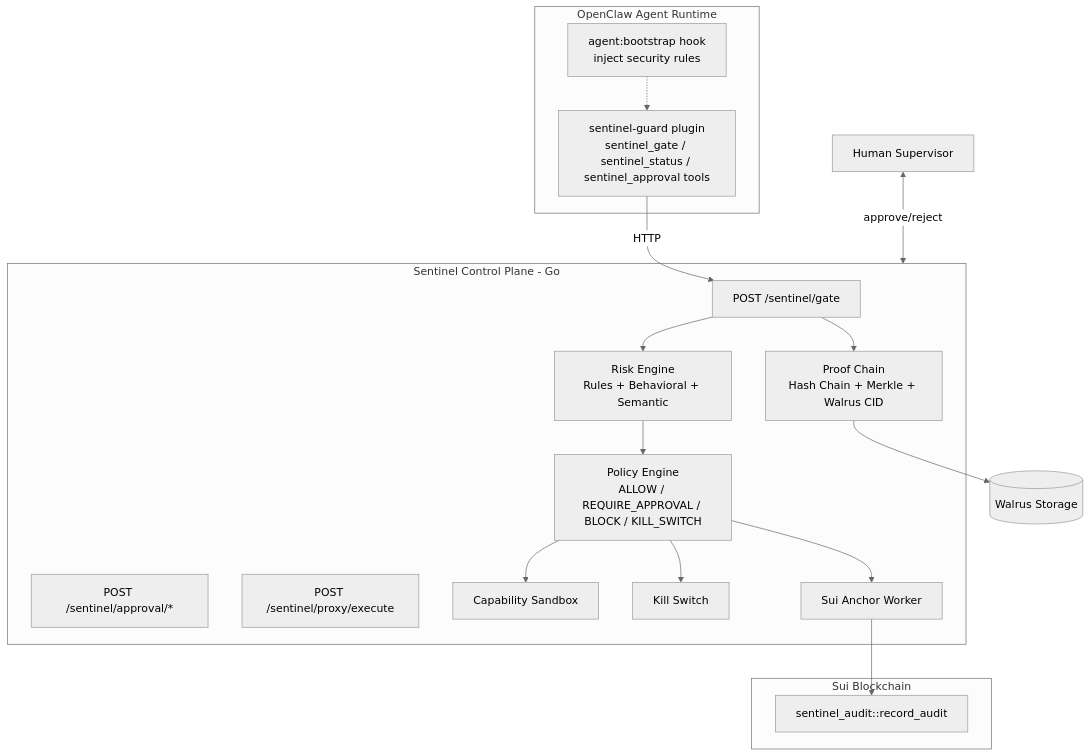
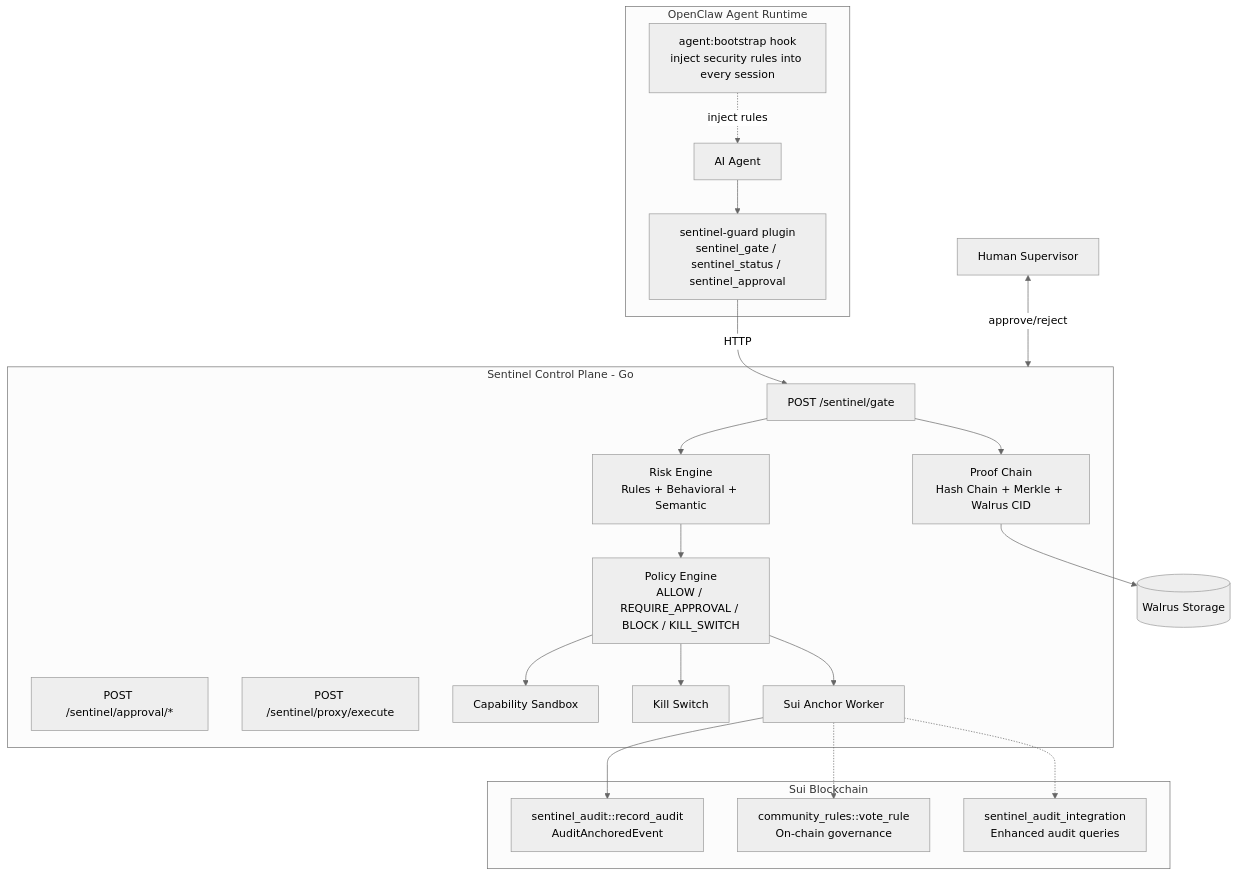
The diagram in README.md (dongowu/sentinel-protocol), drawn with Mermaid (neutral theme) before and after one commit. The commit also changed other lines of this file and 12 other files, not shown here.

First line of the commit message:
Fix code review issues, add on-chain evidence, enhance Sui+OpenClaw narrative

````diff
--- a/README.md
+++ b/README.md
@@ -90,36 +109,42 @@
 ```mermaid
 flowchart TB
     H[Human Supervisor]
+
+    subgraph OC[OpenClaw Agent Runtime]
+      Agent[AI Agent]
+      Plugin[sentinel-guard plugin<br/>sentinel_gate / sentinel_status / sentinel_approval]
+      Hook[agent:bootstrap hook<br/>inject security rules into every session]
+    end
 
     subgraph CP[Sentinel Control Plane - Go]
       Gate[POST /sentinel/gate]
       Approval[POST /sentinel/approval/*]
       Execute[POST /sentinel/proxy/execute]
       Risk[Risk Engine<br/>Rules + Behavioral + Semantic]
       Policy[Policy Engine<br/>ALLOW / REQUIRE_APPROVAL / BLOCK / KILL_SWITCH]
       Cap[Capability Sandbox]
       Kill[Kill Switch]
       Proof[Proof Chain<br/>Hash Chain + Merkle + Walrus CID]
       Anchor[Sui Anchor Worker]
     end
 
-    subgraph OC[OpenClaw Agent Runtime]
-      Plugin[sentinel-guard plugin<br/>sentinel_gate / sentinel_status / sentinel_approval tools]
-      Hook[agent:bootstrap hook<br/>inject security rules]
-    end
-
     subgraph Chain[Sui Blockchain]
-      SA[sentinel_audit::record_audit]
+      SA[sentinel_audit::record_audit<br/>AuditAnchoredEvent]
+      CR[community_rules::vote_rule<br/>On-chain governance]
+      SAI[sentinel_audit_integration<br/>Enhanced audit queries]
     end
 
     W[(Walrus Storage)]
 
+    Agent --> Plugin
+    Hook -.->|inject rules| Agent
     H <-- approve/reject --> CP
     Plugin -- HTTP --> Gate
     Gate --> Risk --> Policy
     Policy --> Cap
     Policy --> Kill
     Policy --> Anchor --> SA
+    Anchor -.-> CR
+    Anchor -.-> SAI
     Gate --> Proof --> W
-    Hook -.-> Plugin
 ```
````
